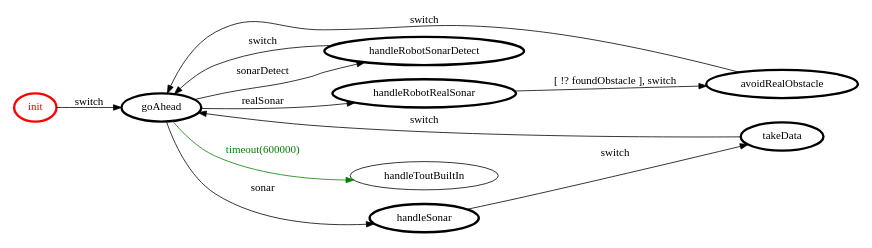
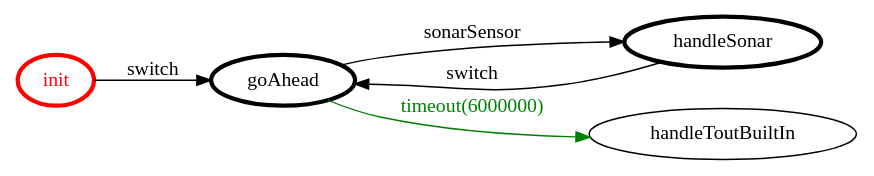
One commit to MatteoMendula/iss2018Lab changed the diagram in it.unibo.mbot.agent/srcMore/it/unibo/roveragent/roveragent.gv. Above: the diagram before and after it, drawn with Graphviz. The commit also changed 285 other files, not shown here.

Commit message:
1.5.13 actionSequence

```diff
--- a/it.unibo.mbot.agent/srcMore/it/unibo/roveragent/roveragent.gv
+++ b/it.unibo.mbot.agent/srcMore/it/unibo/roveragent/roveragent.gv
@@ -1,30 +1,20 @@
 /*
 *
 * A GraphViz DOT FSM description 
 * Please use a GraphViz visualizer (like http://www.webgraphviz.com)
 *  
 */
 
 digraph finite_state_machine {
 	rankdir=LR
 	size="8,5"
 	
 	init [ color = red ][ fontcolor = red ][ penwidth = 3 ]
-	avoidRealObstacle [ color = black ][ fontcolor = black ][ penwidth = 3 ]
 	handleSonar [ color = black ][ fontcolor = black ][ penwidth = 3 ]
-	handleRobotSonarDetect [ color = black ][ fontcolor = black ][ penwidth = 3 ]
 	goAhead [ color = black ][ fontcolor = black ][ penwidth = 3 ]
-	takeData [ color = black ][ fontcolor = black ][ penwidth = 3 ]
-	handleRobotRealSonar [ color = black ][ fontcolor = black ][ penwidth = 3 ]
 	
 	init -> goAhead [ label = "switch" ][ color = black ][ fontcolor = black ]
-	goAhead -> handleRobotRealSonar [ label = "realSonar" ][ color = black ][ fontcolor = black ]
-	handleRobotRealSonar -> avoidRealObstacle [ label = "[ !? foundObstacle ], switch" ][ color = black ][ fontcolor = black ]
-	goAhead -> handleRobotSonarDetect [ label = "sonarDetect" ][ color = black ][ fontcolor = black ]
-	goAhead -> handleSonar [ label = "sonar" ][ color = black ][ fontcolor = black ]
-	avoidRealObstacle -> goAhead [ label = "switch" ][ color = black ][ fontcolor = black ]
-	goAhead -> handleToutBuiltIn [ label = "timeout(600000)" ][ color = green ][ fontcolor = green ]
-	handleSonar -> takeData [ label = "switch" ][ color = black ][ fontcolor = black ]
-	handleRobotSonarDetect -> goAhead [ label = "switch" ][ color = black ][ fontcolor = black ]
-	takeData -> goAhead [ label = "switch" ][ color = black ][ fontcolor = black ]
+	goAhead -> handleToutBuiltIn [ label = "timeout(6000000)" ][ color = green ][ fontcolor = green ]
+	goAhead -> handleSonar [ label = "sonarSensor" ][ color = black ][ fontcolor = black ]
+	handleSonar -> goAhead [ label = "switch" ][ color = black ][ fontcolor = black ]
 }
```
